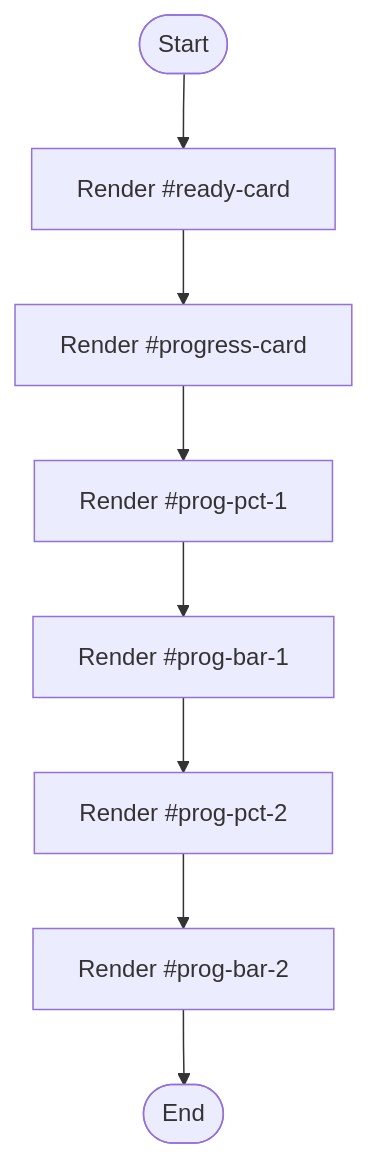
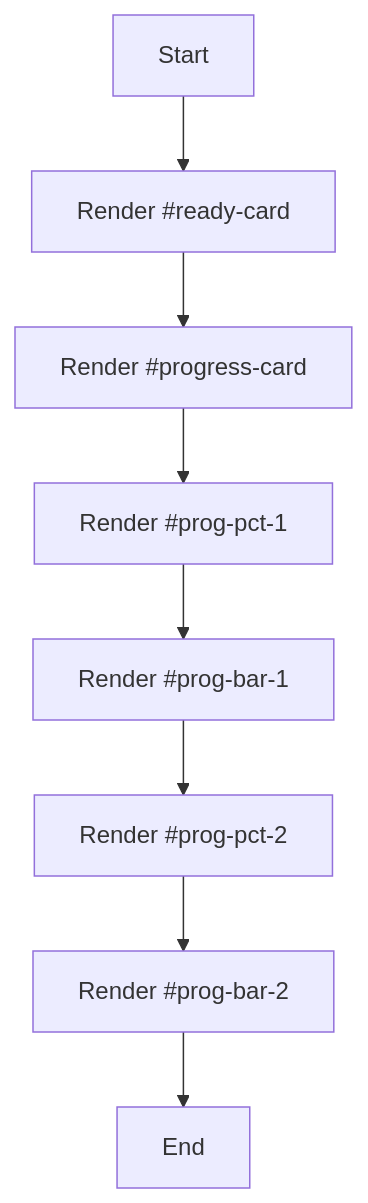
Before and after one commit to JohnAndrewBalbarosa/NeoTerritory: the diagram in docs/Codebase/Frontend/pages/analysis-new.html.md, drawn with Mermaid. The commit also changed other lines of this file and 752 other files, not shown here.

````diff
--- a/docs/Codebase/Frontend/pages/analysis-new.html.md
+++ b/docs/Codebase/Frontend/pages/analysis-new.html.md
@@ -37,18 +22,18 @@
 ```mermaid
 flowchart TD
-    Start([Start])
-    N0[Render #ready-card]
-    N1[Render #progress-card]
-    N2[Render #prog-pct-1]
-    N3[Render #prog-bar-1]
-    N4[Render #prog-pct-2]
-    N5[Render #prog-bar-2]
-    End([End])
+    Start["Start"]
+    N0["Render #ready-card"]
+    N1["Render #progress-card"]
+    N2["Render #prog-pct-1"]
+    N3["Render #prog-bar-1"]
+    N4["Render #prog-pct-2"]
+    N5["Render #prog-bar-2"]
+    End["End"]
     Start --> N0
     N0 --> N1
     N1 --> N2
     N2 --> N3
     N3 --> N4
     N4 --> N5
     N5 --> End
 ```
````
